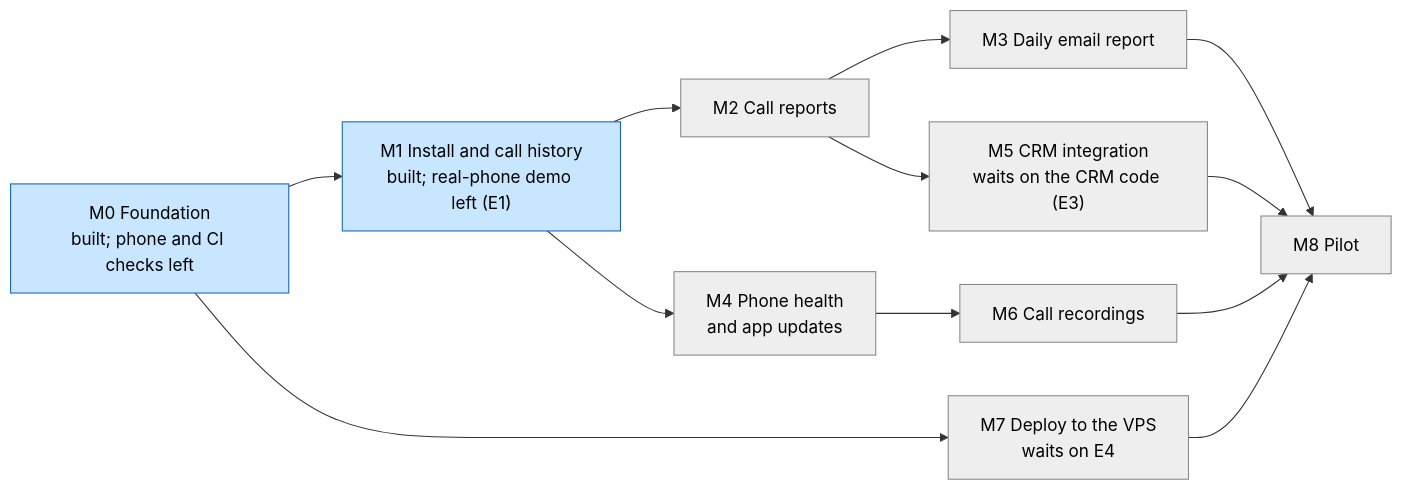
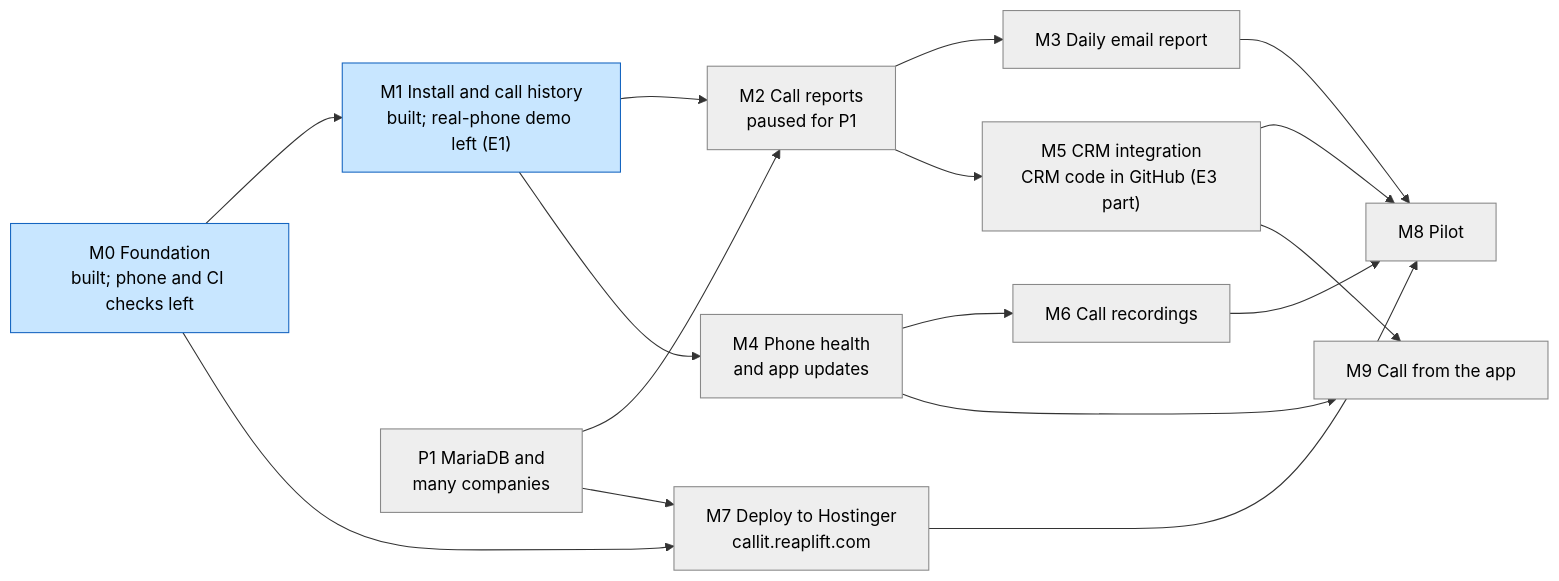
The diagram in docs/project-tracker.md (reaplift/reaplift-call-tracker), drawn with Mermaid before and after one commit. The commit also changed other lines of this file and 13 other files, not shown here.

````diff
--- a/docs/project-tracker.md
+++ b/docs/project-tracker.md
@@ -17,28 +19,34 @@
 ```mermaid
 flowchart LR
   M0["M0 Foundation<br/>built; phone and CI checks left"]:::review
   M1["M1 Install and call history<br/>built; real-phone demo left (E1)"]:::review
-  M2["M2 Call reports"]:::todo
+  P1["P1 MariaDB and<br/>many companies"]:::todo
+  M2["M2 Call reports<br/>paused for P1"]:::todo
   M3["M3 Daily email report"]:::todo
   M4["M4 Phone health<br/>and app updates"]:::todo
-  M5["M5 CRM integration<br/>waits on the CRM code (E3)"]:::todo
+  M5["M5 CRM integration<br/>CRM code in GitHub (E3 part)"]:::todo
   M6["M6 Call recordings"]:::todo
-  M7["M7 Deploy to the VPS<br/>waits on E4"]:::todo
+  M7["M7 Deploy to Hostinger<br/>callit.reaplift.com"]:::todo
   M8["M8 Pilot"]:::todo
+  M9["M9 Call from the app"]:::todo
 
   M0 --> M1
   M0 --> M7
+  P1 --> M2
+  P1 --> M7
   M1 --> M2
   M1 --> M4
   M2 --> M3
   M2 --> M5
   M4 --> M6
   M3 --> M8
   M5 --> M8
   M6 --> M8
   M7 --> M8
+  M4 --> M9
+  M5 --> M9
 
   classDef done fill:#d4f7dc,stroke:#2e7d32,color:#000
   classDef review fill:#c8e6ff,stroke:#1565c0,color:#000
   classDef todo fill:#eeeeee,stroke:#888,color:#000
 ```
````
